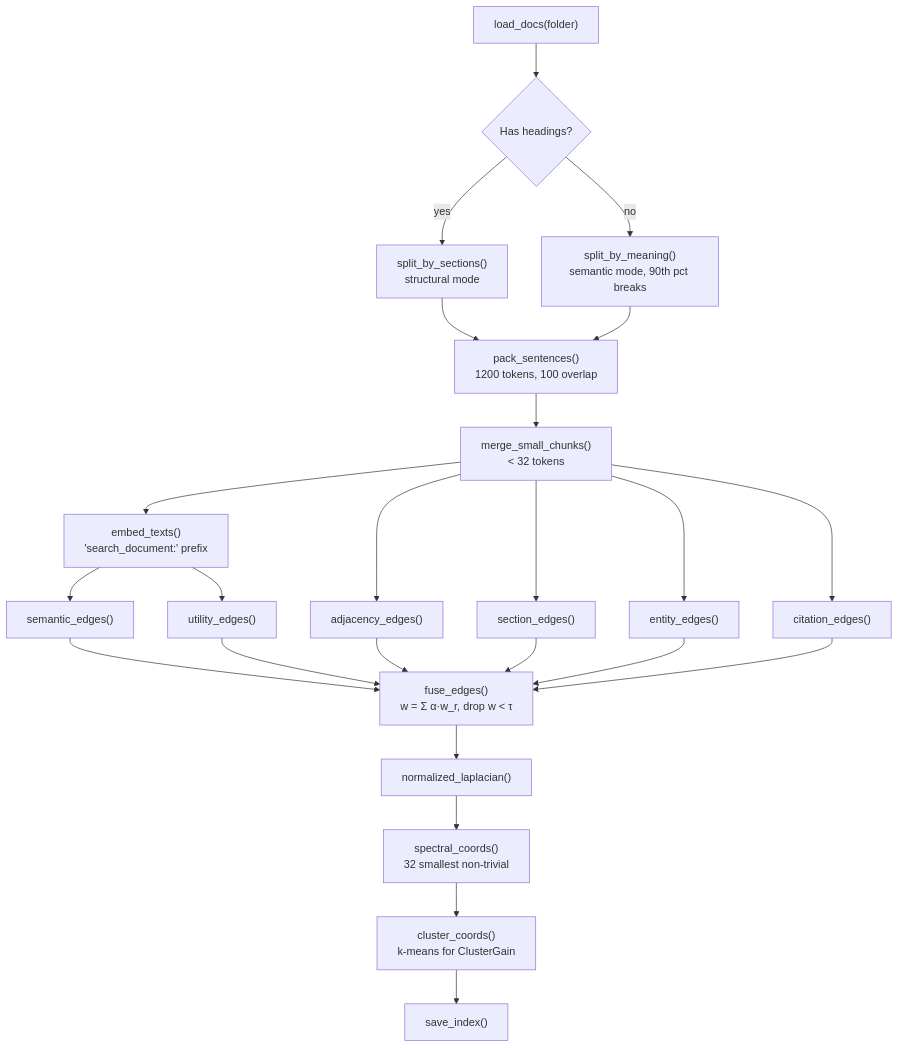
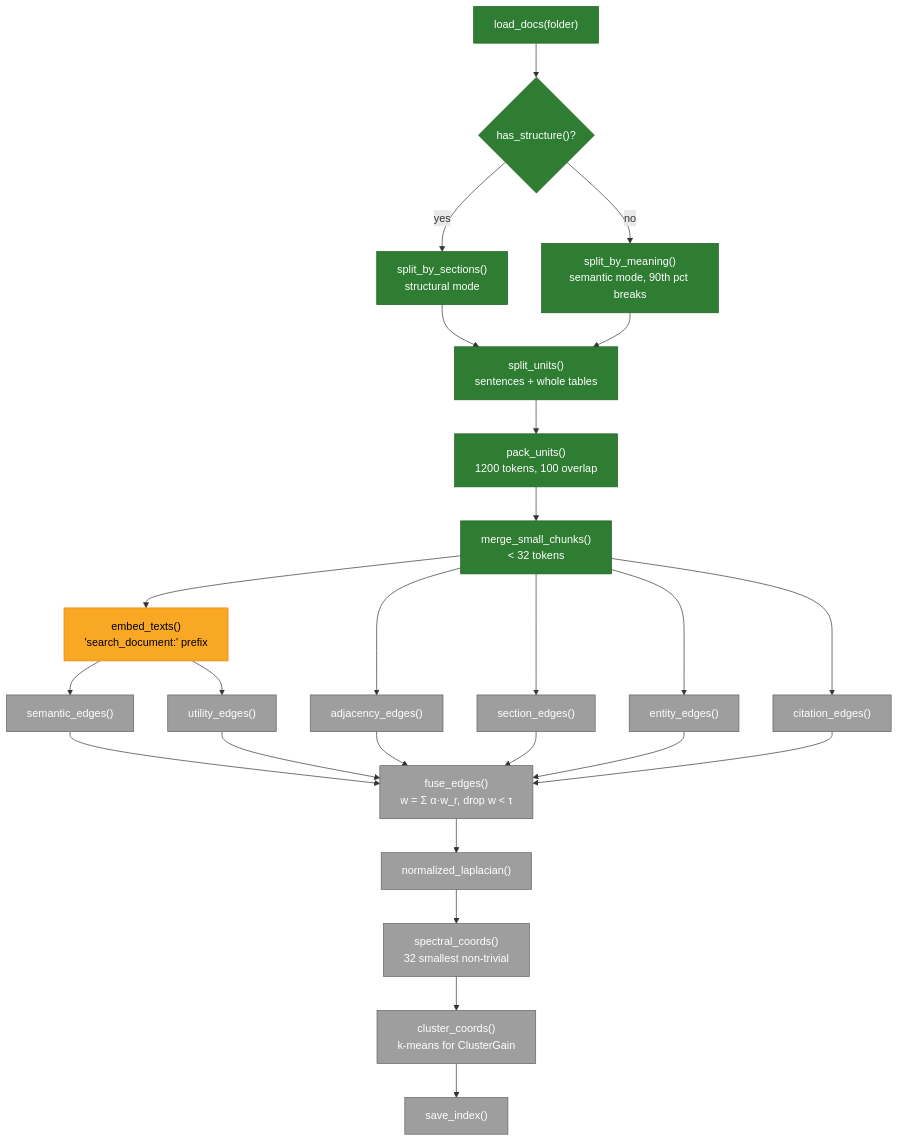
One commit to aion7891/Spect-RAG changed the second of 7 diagrams in README.md. Above: the diagram before and after it, drawn with Mermaid. The commit also changed other lines of this file and 10 other files, not shown here.

Commit message:
feat: Phase 3 – structural and semantic chunking with overlap and table handling

````diff
--- a/README.md
+++ b/README.md
@@ -189,21 +189,25 @@
 ```mermaid
 flowchart TD
-    A["load_docs(folder)"] --> B{"Has headings?"}
-    B -- yes --> C["split_by_sections()<br/>structural mode"]
-    B -- no --> D["split_by_meaning()<br/>semantic mode, 90th pct breaks"]
-    C --> E["pack_sentences()<br/>1200 tokens, 100 overlap"]
-    D --> E
-    E --> F["merge_small_chunks()<br/>&lt; 32 tokens"]
-    F --> G["embed_texts()<br/>'search_document:' prefix"]
-    G --> H1["semantic_edges()"]
-    G --> H6["utility_edges()"]
-    F --> H2["adjacency_edges()"]
-    F --> H3["section_edges()"]
-    F --> H4["entity_edges()"]
-    F --> H5["citation_edges()"]
-    H1 & H2 & H3 & H4 & H5 & H6 --> I["fuse_edges()<br/>w = Σ α·w_r, drop w &lt; τ"]
-    I --> J["normalized_laplacian()"]
-    J --> K["spectral_coords()<br/>32 smallest non-trivial"]
-    K --> L["cluster_coords()<br/>k-means for ClusterGain"]
-    L --> M["save_index()"]
+    A["load_docs(folder)"]:::done --> B{"has_structure()?"}:::done
+    B -- yes --> C["split_by_sections()<br/>structural mode"]:::done
+    B -- no --> D["split_by_meaning()<br/>semantic mode, 90th pct breaks"]:::done
+    C --> U["split_units()<br/>sentences + whole tables"]:::done
+    D --> U
+    U --> E["pack_units()<br/>1200 tokens, 100 overlap"]:::done
+    E --> F["merge_small_chunks()<br/>&lt; 32 tokens"]:::done
+    F --> G["embed_texts()<br/>'search_document:' prefix"]:::doing
+    G --> H1["semantic_edges()"]:::todo
+    G --> H6["utility_edges()"]:::todo
+    F --> H2["adjacency_edges()"]:::todo
+    F --> H3["section_edges()"]:::todo
+    F --> H4["entity_edges()"]:::todo
+    F --> H5["citation_edges()"]:::todo
+    H1 & H2 & H3 & H4 & H5 & H6 --> I["fuse_edges()<br/>w = Σ α·w_r, drop w &lt; τ"]:::todo
+    I --> J["normalized_laplacian()"]:::todo
+    J --> K["spectral_coords()<br/>32 smallest non-trivial"]:::todo
+    K --> L["cluster_coords()<br/>k-means for ClusterGain"]:::todo
+    L --> M["save_index()"]:::todo
+    classDef done fill:#2e7d32,color:#fff,stroke:#1b5e20
+    classDef doing fill:#f9a825,color:#000,stroke:#f57f17
+    classDef todo fill:#9e9e9e,color:#fff,stroke:#616161
 ```
````
